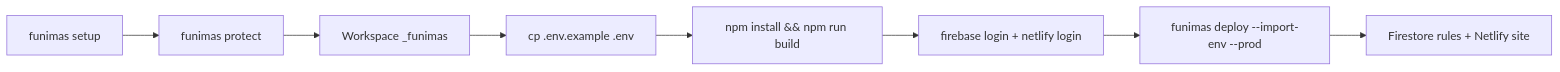
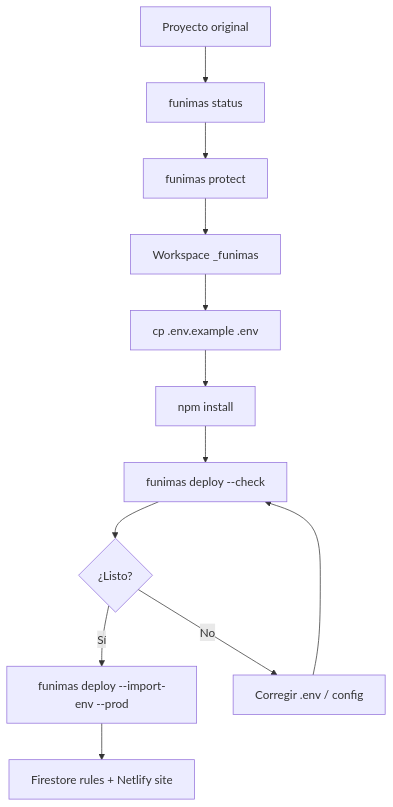
The diagram in README.md (robinson19937/funimas), drawn with Mermaid before and after one commit. The commit also changed other lines of this file, not shown here.

Commit message:
docs: rewrite README with clearer onboarding and deploy guide

````diff
--- a/README.md
+++ b/README.md
@@ -107,10 +215,14 @@
 ```mermaid
-flowchart LR
-    A[funimas setup] --> B[funimas protect]
-    B --> C[Workspace _funimas]
-    C --> D[cp .env.example .env]
-    D --> E[npm install && npm run build]
-    E --> F[firebase login + netlify login]
-    F --> G[funimas deploy --import-env --prod]
-    G --> H[Firestore rules + Netlify site]
+flowchart TD
+    A[Proyecto original] --> B[funimas status]
+    B --> C[funimas protect]
+    C --> D[Workspace _funimas]
+    D --> E[cp .env.example .env]
+    E --> F[npm install]
+    F --> G[funimas deploy --check]
+    G --> H{¿Listo?}
+    H -->|Sí| I[funimas deploy --import-env --prod]
+    H -->|No| J[Corregir .env / config]
+    J --> G
+    I --> K[Firestore rules + Netlify site]
 ```
````
